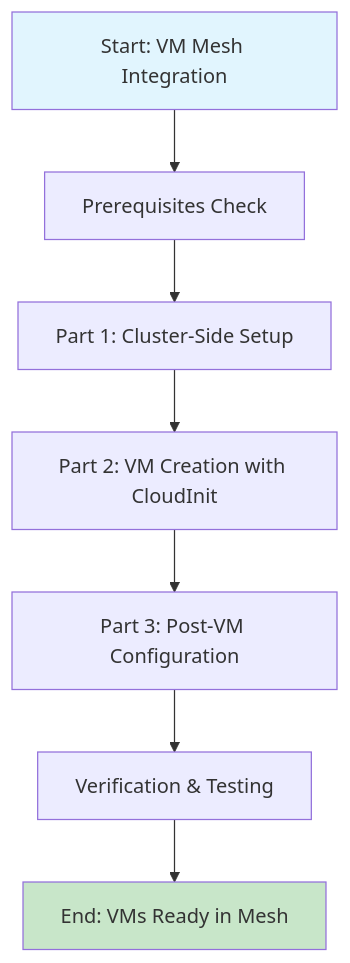
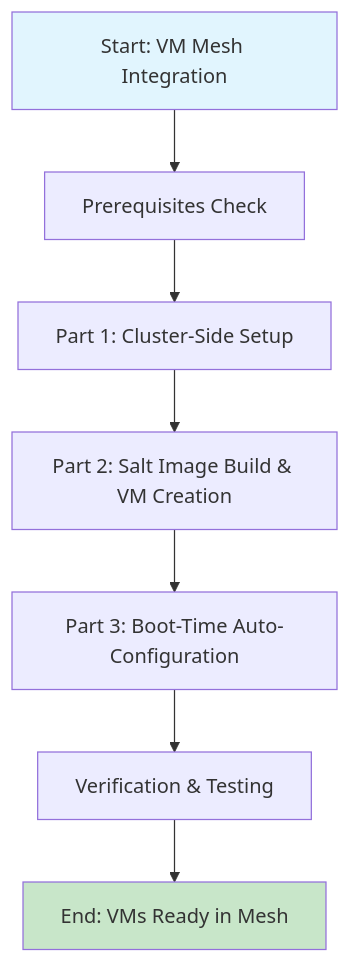
The first of 9 diagrams in docs/VM-Mesh-Integration-Flow-Diagram.md (johandry/IstioAzureSetup), drawn with Mermaid before and after one commit. The commit also changed other lines of this file and 11 other files, not shown here.

Commit message:
Migrate from Cloud Init to SaltStack

````diff
--- a/docs/VM-Mesh-Integration-Flow-Diagram.md
+++ b/docs/VM-Mesh-Integration-Flow-Diagram.md
@@ -7,12 +7,12 @@
 ```mermaid
 flowchart TD
     A[Start: VM Mesh Integration] --> B[Prerequisites Check]
     B --> E[Part 1: Cluster-Side Setup]
-    E --> F[Part 2: VM Creation with CloudInit]
-    F --> G[Part 3: Post-VM Configuration]
+    E --> F[Part 2: Salt Image Build & VM Creation]
+    F --> G[Part 3: Boot-Time Auto-Configuration]
     G --> H[Verification & Testing]
     H --> I[End: VMs Ready in Mesh]
     
     style A fill:#e1f5fe
     style I fill:#c8e6c9
 ```
````
